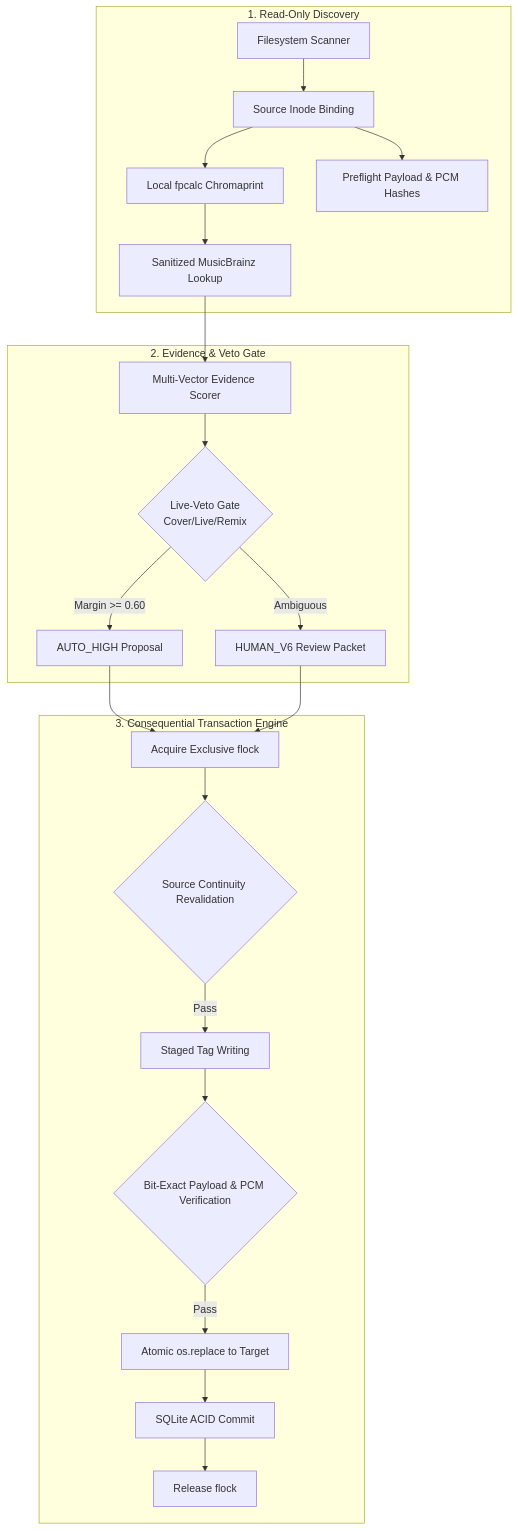
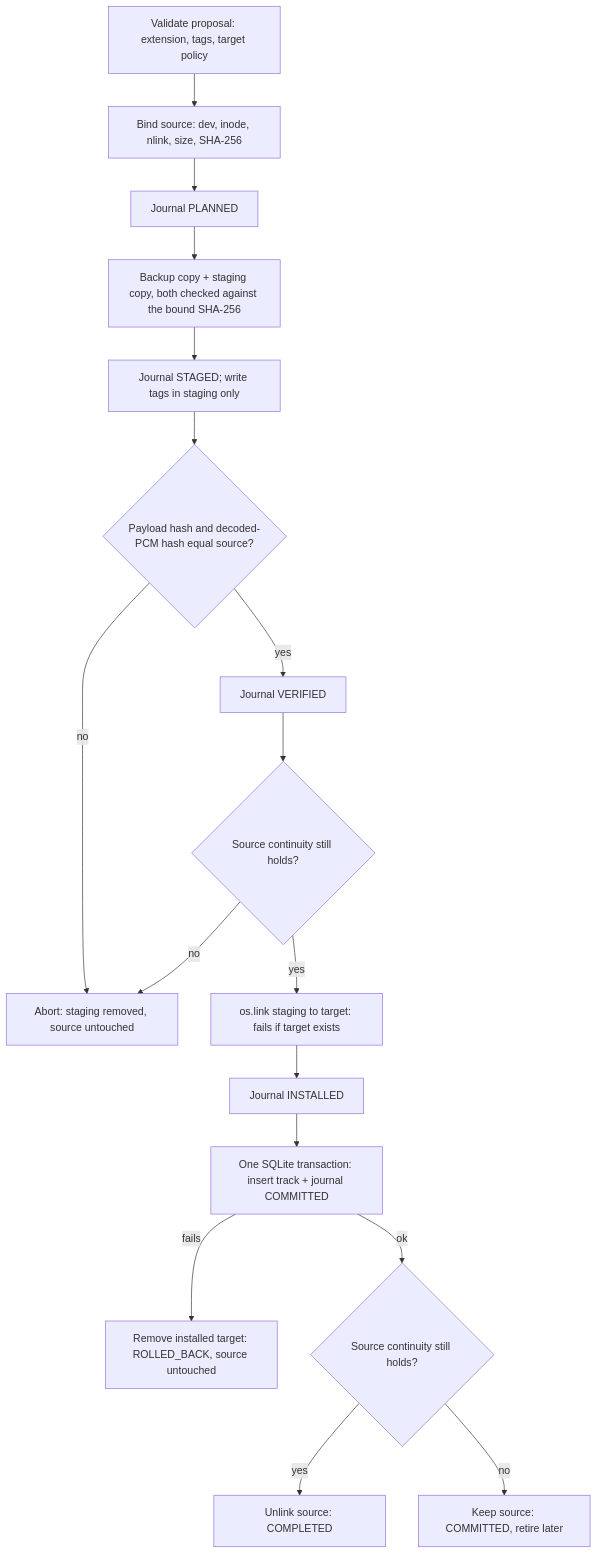
One commit to thathugesamoan-byte/invariantaudio changed the diagram in README.md. Above: the diagram before and after it, drawn with Mermaid. The commit also changed other lines of this file and 25 other files, not shown here.

````diff
--- a/README.md
+++ b/README.md
@@ -36,27 +48,19 @@
 ```mermaid
 flowchart TD
-    subgraph Discovery[1. Read-Only Discovery]
-        Scan[Filesystem Scanner] --> InodeBind[Source Inode Binding]
-        InodeBind --> FP[Local fpcalc Chromaprint]
-        InodeBind --> PayloadPre[Preflight Payload & PCM Hashes]
-        FP --> MBSearch[Sanitized MusicBrainz Lookup]
-    end
-
-    subgraph Decision[2. Evidence & Veto Gate]
-        MBSearch --> Scorer[Multi-Vector Evidence Scorer]
-        Scorer --> Veto{Live-Veto Gate<br>Cover/Live/Remix}
-        Veto -- Margin >= 0.60 --> AutoQueue[AUTO_HIGH Proposal]
-        Veto -- Ambiguous --> HumanQueue[HUMAN_V6 Review Packet]
-    end
-
-    subgraph Mutation[3. Consequential Transaction Engine]
-        AutoQueue --> AcquireLock[Acquire Exclusive flock]
-        HumanQueue --> AcquireLock
-        AcquireLock --> PreReval{Source Continuity Revalidation}
-        PreReval -- Pass --> StagedWrite[Staged Tag Writing]
-        StagedWrite --> VerifyBitExact{Bit-Exact Payload & PCM Verification}
-        VerifyBitExact -- Pass --> AtomicSwap[Atomic os.replace to Target]
-        AtomicSwap --> CommitDB[SQLite ACID Commit]
-        CommitDB --> ReleaseLock[Release flock]
-    end
+    A[Validate proposal: extension, tags, target policy] --> B[Bind source: dev, inode, nlink, size, SHA-256]
+    B --> C[Journal PLANNED]
+    C --> D[Backup copy + staging copy, both checked against the bound SHA-256]
+    D --> E[Journal STAGED; write tags in staging only]
+    E --> F{Payload hash and decoded-PCM hash equal source?}
+    F -- no --> X[Abort: staging removed, source untouched]
+    F -- yes --> G[Journal VERIFIED]
+    G --> H{Source continuity still holds?}
+    H -- no --> X
+    H -- yes --> I[os.link staging to target: fails if target exists]
+    I --> J[Journal INSTALLED]
+    J --> K[One SQLite transaction: insert track + journal COMMITTED]
+    K -- fails --> R[Remove installed target: ROLLED_BACK, source untouched]
+    K -- ok --> L{Source continuity still holds?}
+    L -- yes --> M[Unlink source: COMPLETED]
+    L -- no --> N[Keep source: COMMITTED, retire later]
 ```
````
